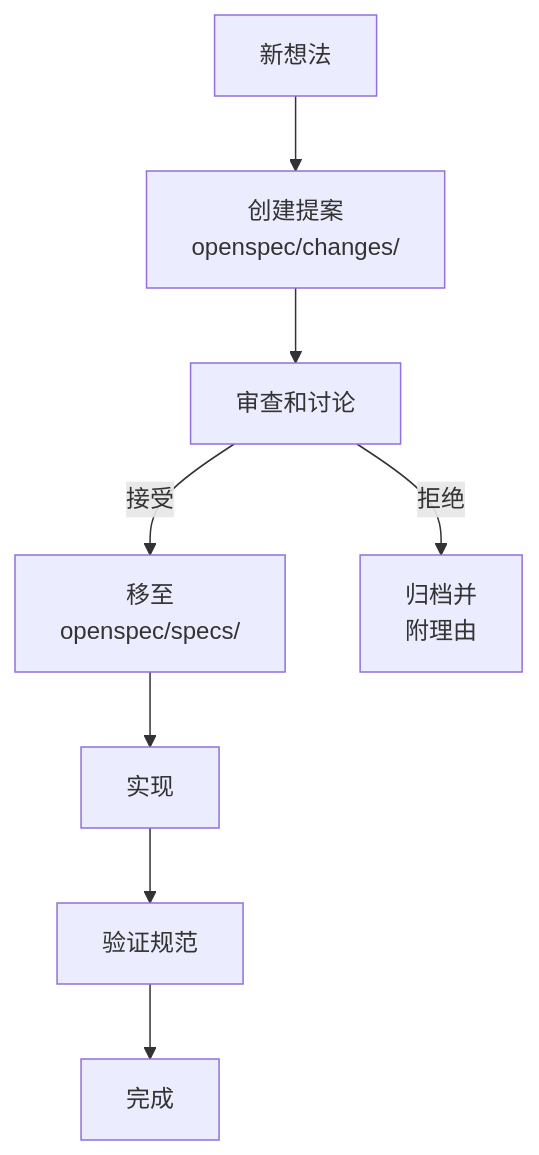
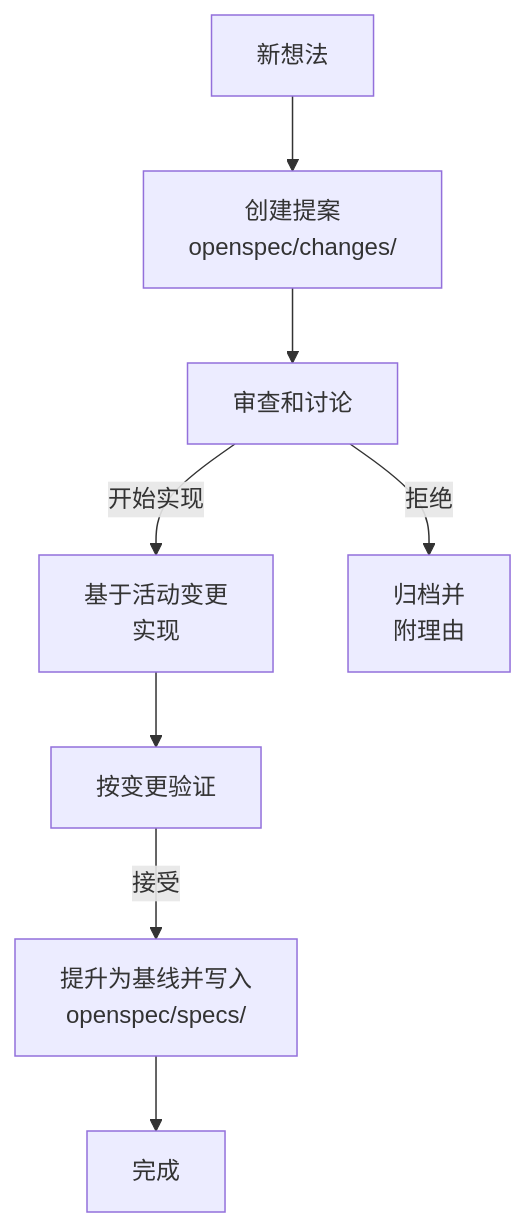
One commit to LessUp/modern-ai-kernels changed the fifth of 5 diagrams in docs/zh/architecture.md. Above: the diagram before and after it, drawn with Mermaid. The commit also changed other lines of this file and 47 other files, not shown here.

````diff
--- a/docs/zh/architecture.md
+++ b/docs/zh/architecture.md
@@ -223,10 +217,10 @@
 ```mermaid
 flowchart TB
     IDEA["新想法"] --> PROPOSAL["创建提案<br/>openspec/changes/"]
     PROPOSAL --> REVIEW["审查和讨论"]
-    REVIEW -->|"接受"| SPEC["移至<br/>openspec/specs/"]
+    REVIEW -->|"开始实现"| IMPL["基于活动变更<br/>实现"]
     REVIEW -->|"拒绝"| ARCHIVE["归档并<br/>附理由"]
-    SPEC --> IMPL["实现"]
-    IMPL --> VERIFY["验证规范"]
-    VERIFY --> DONE["完成"]
+    IMPL --> VERIFY["按变更验证"]
+    VERIFY -->|"接受"| SPEC["提升为基线并写入<br/>openspec/specs/"]
+    SPEC --> DONE["完成"]
 ```
````
